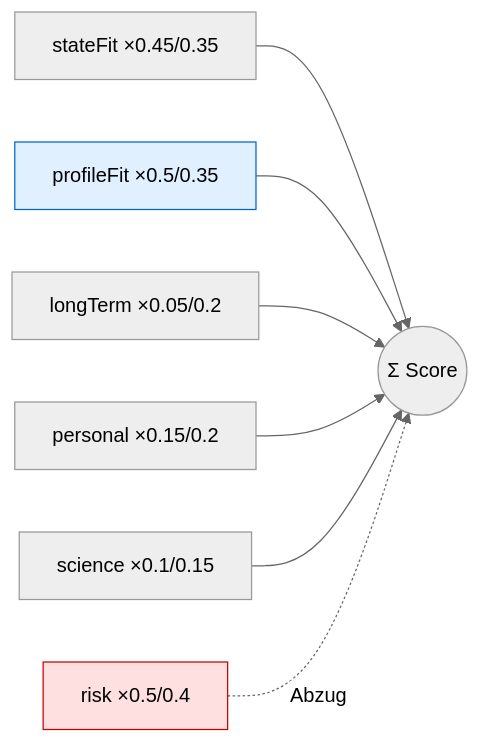
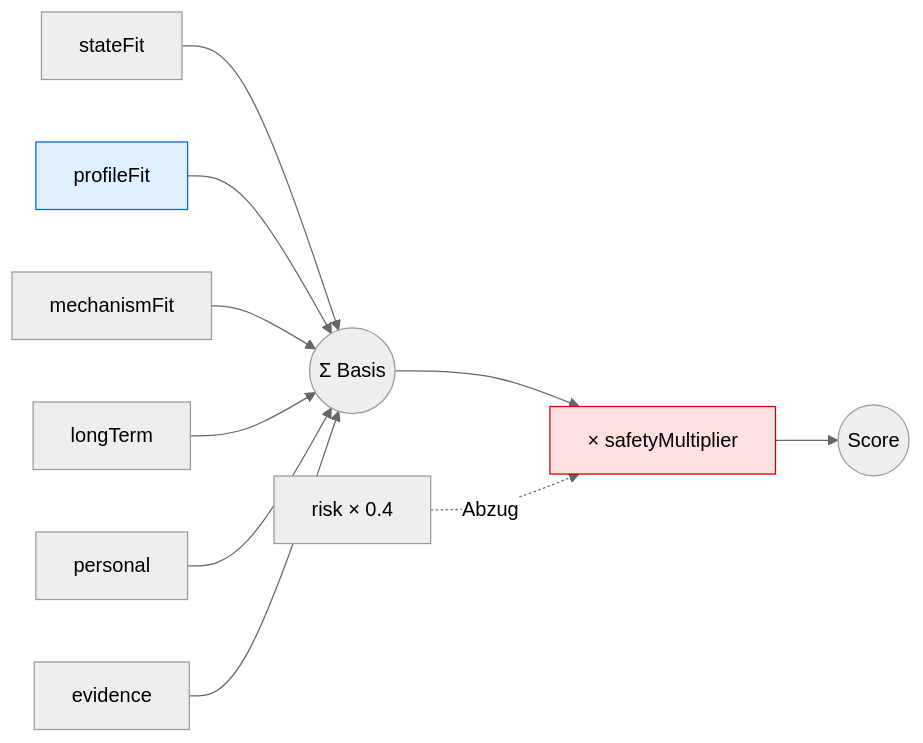
One commit to maxvirkus/innenzeit_recommender changed the fifth of 6 diagrams in docs/algorithmus-visualisierung.md. Above: the diagram before and after it, drawn with Mermaid (neutral theme). The commit also changed other lines of this file and 16 other files, not shown here.

First line of the commit message:
Overhaul recommender algorithm: evidence profiles, mechanism fit, distance-based profile fit, Bayesian personal evidence, two-stage safety

````diff
--- a/docs/algorithmus-visualisierung.md
+++ b/docs/algorithmus-visualisierung.md
@@ -250,11 +258,14 @@
 ```mermaid
 flowchart LR
-    SF["stateFit ×0.45/0.35"] --> SUM(("Σ Score"))
-    PF["profileFit ×0.5/0.35"] --> SUM
-    LT["longTerm ×0.05/0.2"] --> SUM
-    PE["personal ×0.15/0.2"] --> SUM
-    SC["science ×0.1/0.15"] --> SUM
-    RK["risk ×0.5/0.4"] -.Abzug.-> SUM
+    SF["stateFit"] --> SUM(("Σ Basis"))
+    PF["profileFit"] --> SUM
+    MF["mechanismFit"] --> SUM
+    LT["longTerm"] --> SUM
+    PE["personal"] --> SUM
+    EV["evidence"] --> SUM
+    SUM --> MUL["× safetyMultiplier"]
+    RK["risk × 0.4"] -.Abzug.-> MUL
+    MUL --> SC(("Score"))
     style PF fill:#e0f0ff,stroke:#06c
-    style RK fill:#ffe0e0,stroke:#c00
+    style MUL fill:#ffe0e0,stroke:#c00
 ```
````
